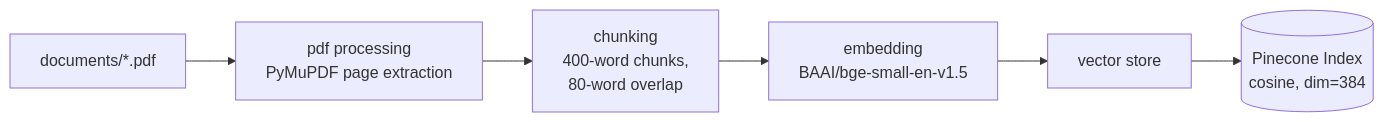
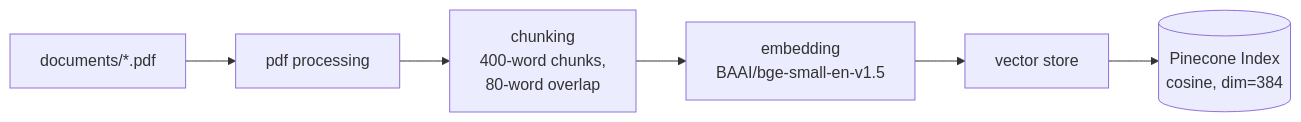
Before and after one commit to Maaruuuf/Enterprise-AI-Document-Assistant: the first of 2 diagrams in README.md, drawn with Mermaid. The commit also changed other lines of this file and 4 other files, not shown here.

````diff
--- a/README.md
+++ b/README.md
@@ -68,8 +75,8 @@
 ```mermaid
 flowchart LR
-    A["documents/*.pdf"] --> B["pdf processing<br/>PyMuPDF page extraction"]
+    A["documents/*.pdf"] --> B["pdf processing"]
     B --> C["chunking<br/>400-word chunks,<br/>80-word overlap"]
     C --> D["embedding<br/>BAAI/bge-small-en-v1.5"]
     D --> E["vector store"]
     E --> F[("Pinecone Index<br/>cosine, dim=384")]
 ```
````
